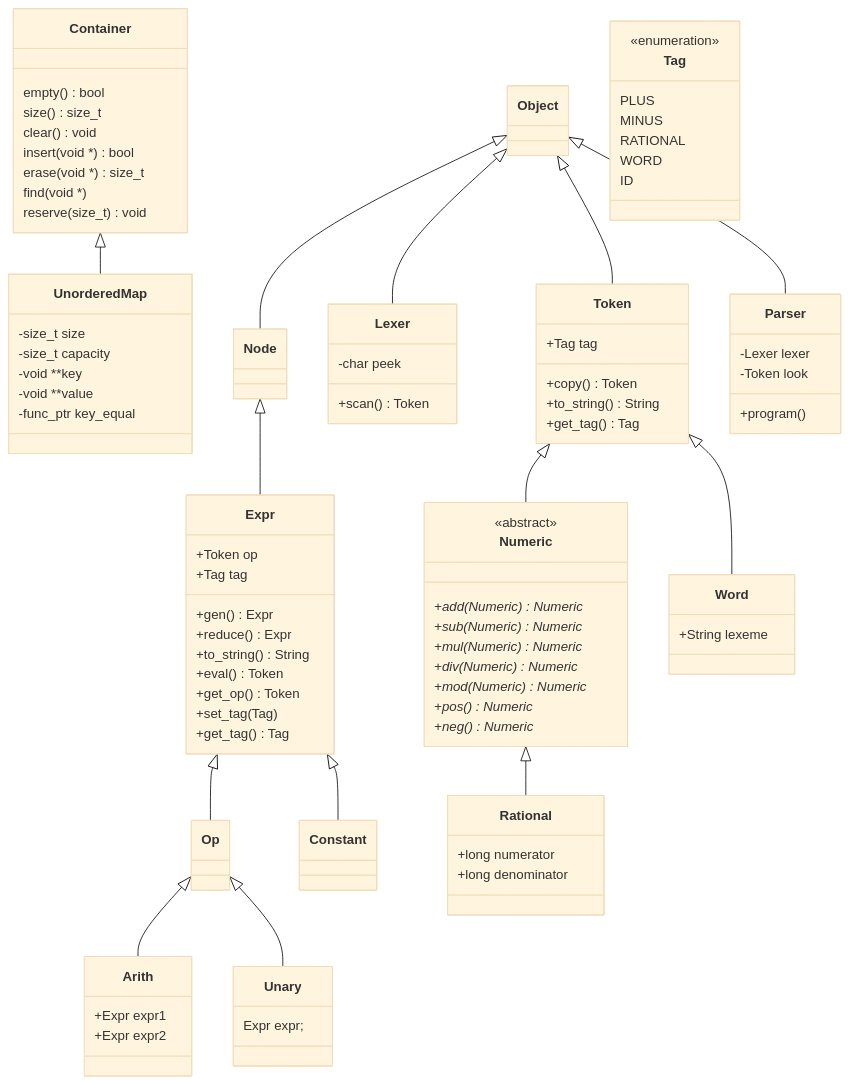
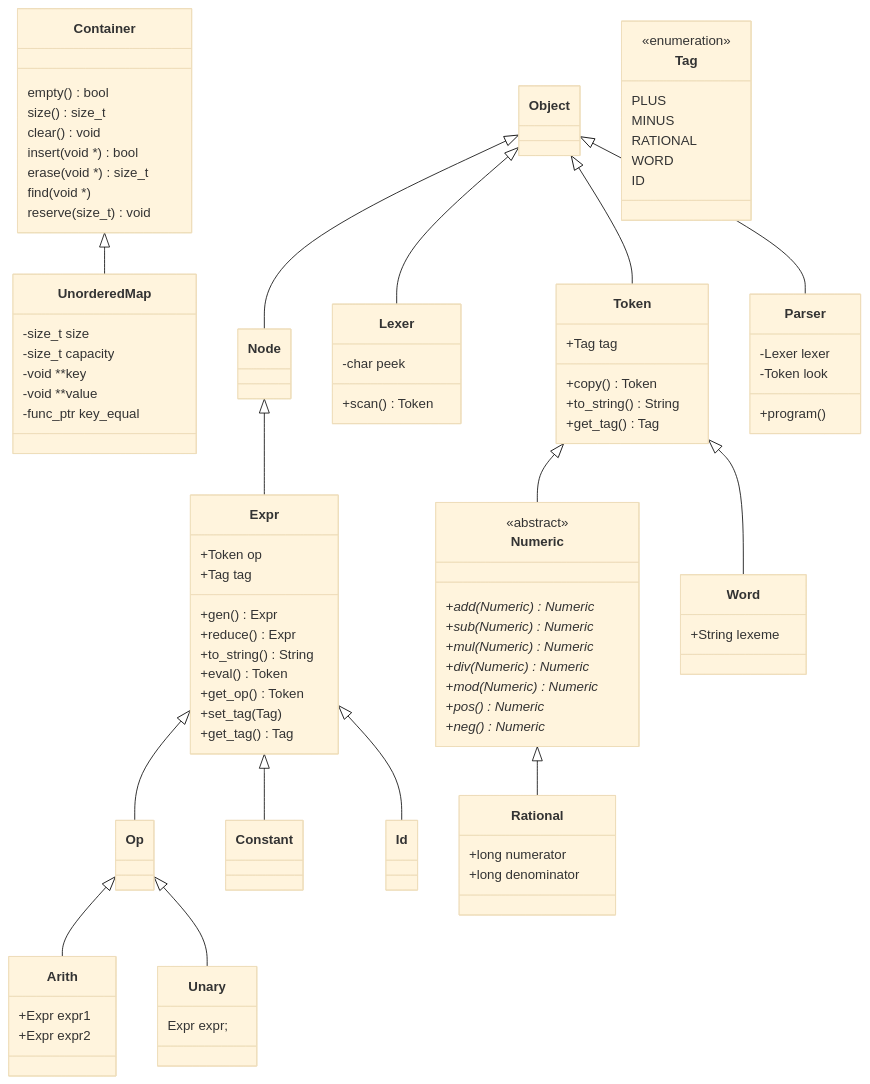
Before and after one commit to nwhean/42_computorv: the diagram in diagram.md, drawn with Mermaid (base theme). The commit also changed 8 other files, not shown here.

```diff
--- a/diagram.md
+++ b/diagram.md
@@ -46,6 +46,7 @@
 		+get_tag() Tag
 	}
 
+	Expr <|-- Id
 	Object <|-- Node
 	Expr <|-- Op
 	Op <|-- Unary
```
